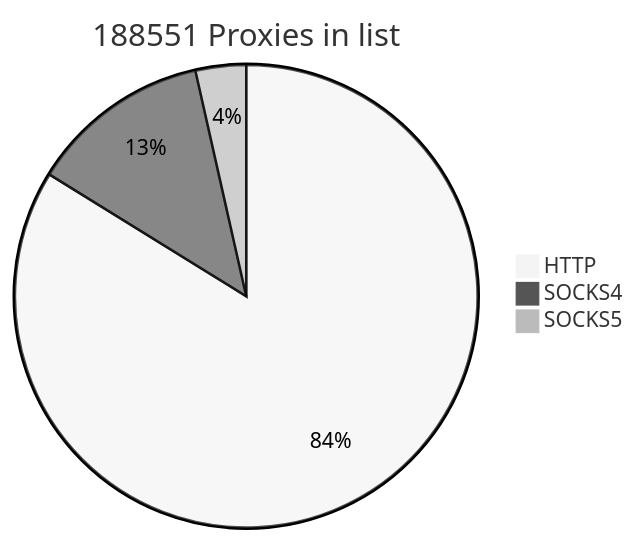
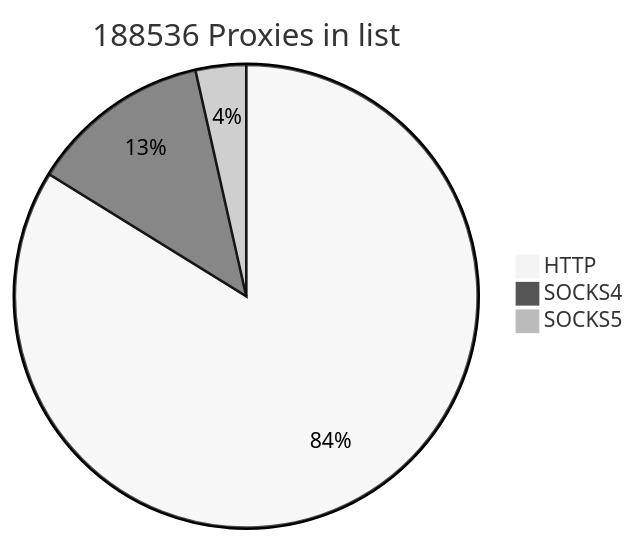
The first of 2 diagrams in README.md (cutipu/proxylist), drawn with Mermaid (neutral theme) before and after one commit. The commit also changed other lines of this file, not shown here.

````diff
--- a/README.md
+++ b/README.md
@@ -2,7 +2,7 @@
 ```mermaid
-pie title 188551 Proxies in list
-    "HTTP" : 158042
+pie title 188536 Proxies in list
+    "HTTP" : 158043
     "SOCKS4" : 23855
-    "SOCKS5" : 6654
+    "SOCKS5" : 6638
             
 ```
````
